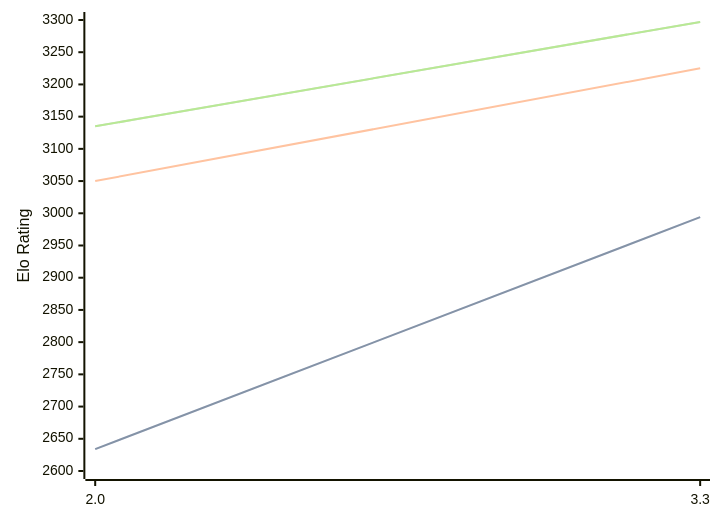
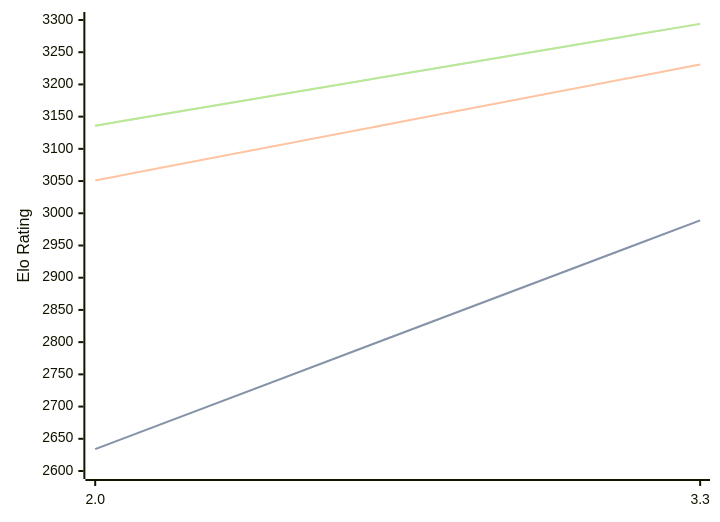
Before and after one commit to computer-chess-index/cci: the diagram in engines/Ceylondemon.md, drawn with Mermaid. The commit also changed other lines of this file, not shown here.

Commit message:
Update CCI Ratings (ELO VLTC) - 2026-10-03

````diff
--- a/engines/Ceylondemon.md
+++ b/engines/Ceylondemon.md
@@ -32,11 +32,11 @@
 ```mermaid
 %%{init: {"theme":"base","themeVariables":{"seriesColors:['#a3a3a3','#222221','#faa371']}}}%%
 xychart-beta
   x-axis ["2.0", "3.3"]
   y-axis "Elo Rating" 2600 --> 3300
-  line "" [2634, 2994]
-  line "STC (8.0+0.08s)" [2634, 2994]
-  line "LTC (60.0+0.60s)" [3050, 3225]
-  line "" [3135, 3297]
-  line "VLTC (2m24s+1.12s)" [3135, 3297]
+  line "" [2634, 2989]
+  line "STC (8.0+0.08s)" [2634, 2989]
+  line "LTC (60.0+0.60s)" [3051, 3231]
+  line "" [3136, 3294]
+  line "VLTC (2m24s+1.12s)" [3136, 3294]
 ```
````
